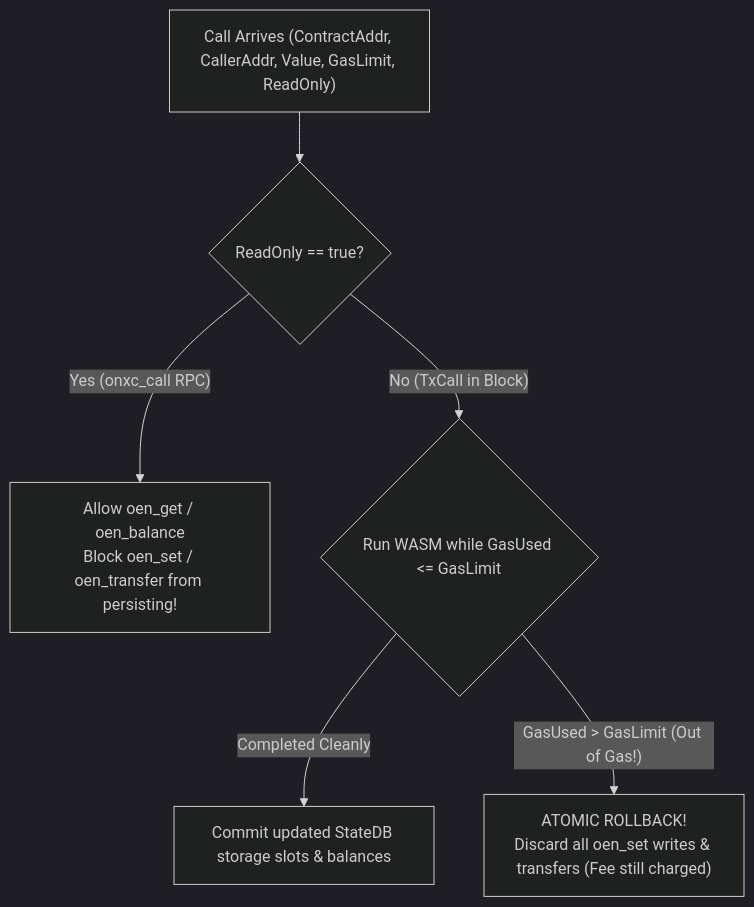
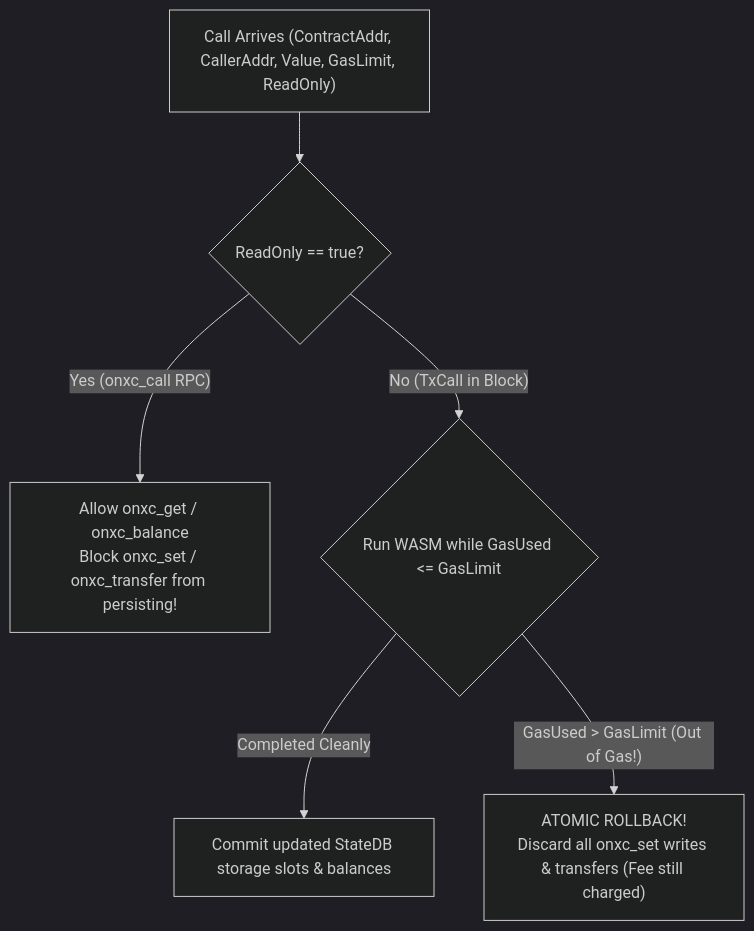
One commit to oenexa/oenexa-docs changed the diagram in 05-privacy-contracts-and-scaling/02_smart_contracts_wasm_vm.md. Above: the diagram before and after it, drawn with Mermaid (dark theme). The commit also changed other lines of this file and 9 other files, not shown here.

Commit message:
docs: update ecosystem roadmap, smart contracts wasm bridge, and visual lab references

````diff
--- a/05-privacy-contracts-and-scaling/02_smart_contracts_wasm_vm.md
+++ b/05-privacy-contracts-and-scaling/02_smart_contracts_wasm_vm.md
@@ -56,8 +56,8 @@
 ```mermaid
 flowchart TD
     Call["Call Arrives (ContractAddr, CallerAddr, Value, GasLimit, ReadOnly)"] --> Mode{"ReadOnly == true?"}
-    Mode -->|"Yes (onxc_call RPC)"| Dry["Allow oen_get / oen_balance\nBlock oen_set / oen_transfer from persisting!"]
+    Mode -->|"Yes (onxc_call RPC)"| Dry["Allow onxc_get / onxc_balance\nBlock onxc_set / onxc_transfer from persisting!"]
     Mode -->|"No (TxCall in Block)"| Meter{"Run WASM while GasUsed <= GasLimit"}
     Meter -->|"Completed Cleanly"| Commit["Commit updated StateDB storage slots & balances"]
-    Meter -->|"GasUsed > GasLimit (Out of Gas!)"| Rollback["ATOMIC ROLLBACK!\nDiscard all oen_set writes & transfers (Fee still charged)"]
+    Meter -->|"GasUsed > GasLimit (Out of Gas!)"| Rollback["ATOMIC ROLLBACK!\nDiscard all onxc_set writes & transfers (Fee still charged)"]
 ```
````
